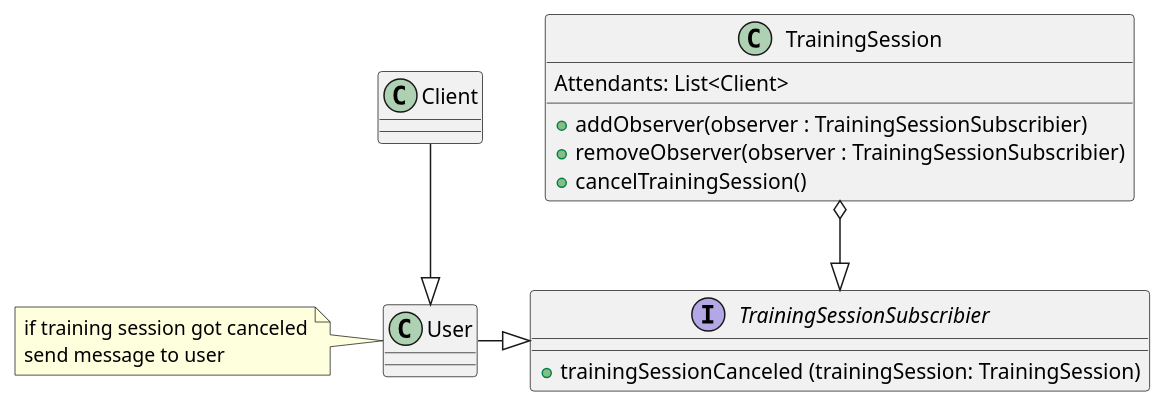
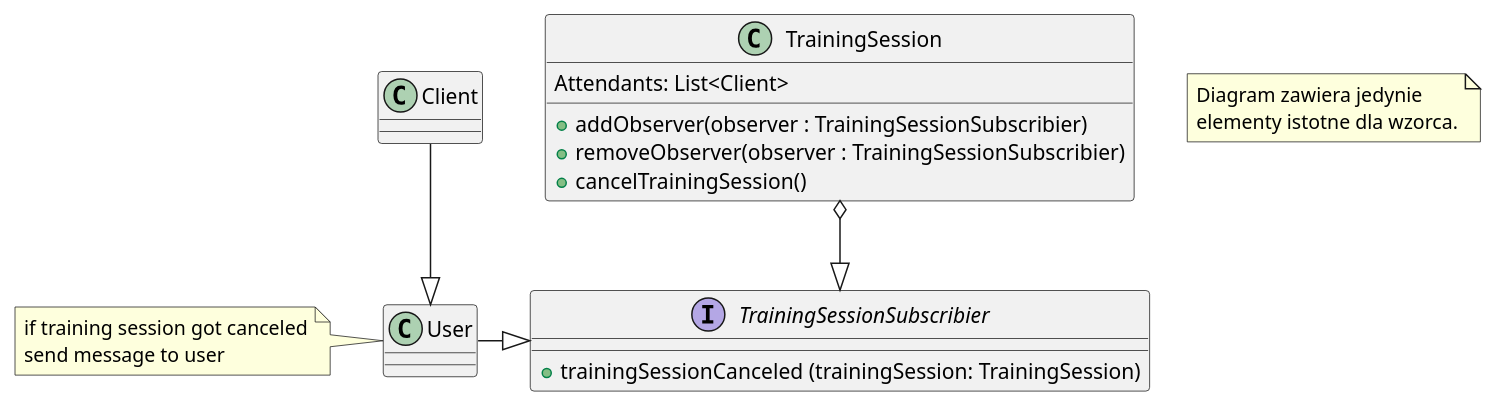
The diagram in src/pattern_diagrams/rafal/observer.puml (filip-stepien/software-engineering-lab), drawn with PlantUML before and after one commit. The commit also changed 3 other files, not shown here.

```diff
--- a/src/pattern_diagrams/rafal/observer.puml
+++ b/src/pattern_diagrams/rafal/observer.puml
@@ -1,32 +1,34 @@
 @startuml observer
 class User {
   
 }
 
 Note left of User{
   if training session got canceled
   send message to user
 }
 
 Class Client {
 
 }
 
 Client --|> User
 
 interface TrainingSessionSubscribier{
   +trainingSessionCanceled (trainingSession: TrainingSession)
 }
 
 TrainingSession o--|> TrainingSessionSubscribier
 User -|> TrainingSessionSubscribier
 
 class TrainingSession{
   Attendants: List<Client>
 
   + addObserver(observer : TrainingSessionSubscribier)
   + removeObserver(observer : TrainingSessionSubscribier)
   + cancelTrainingSession()
 }
 
+note "Diagram zawiera jedynie\nelementy istotne dla wzorca." as n
+
 @enduml
```
